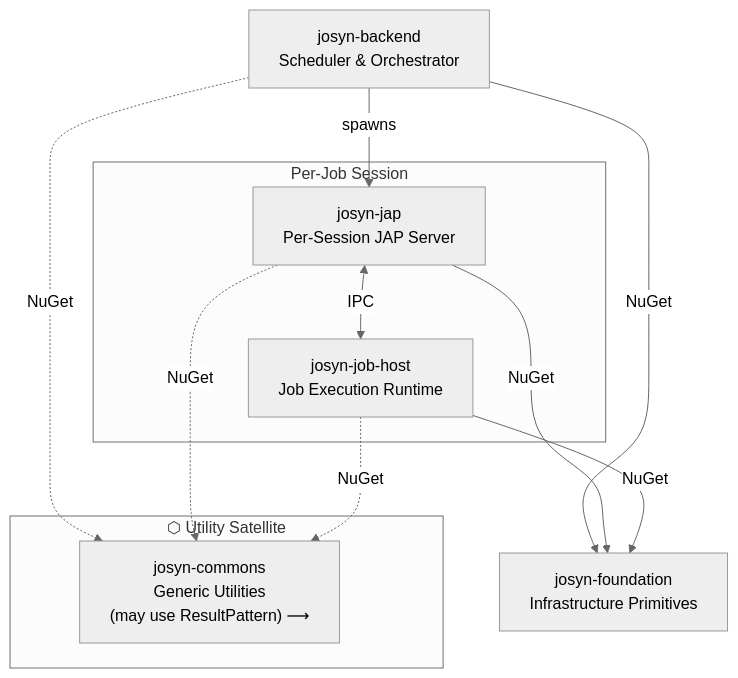
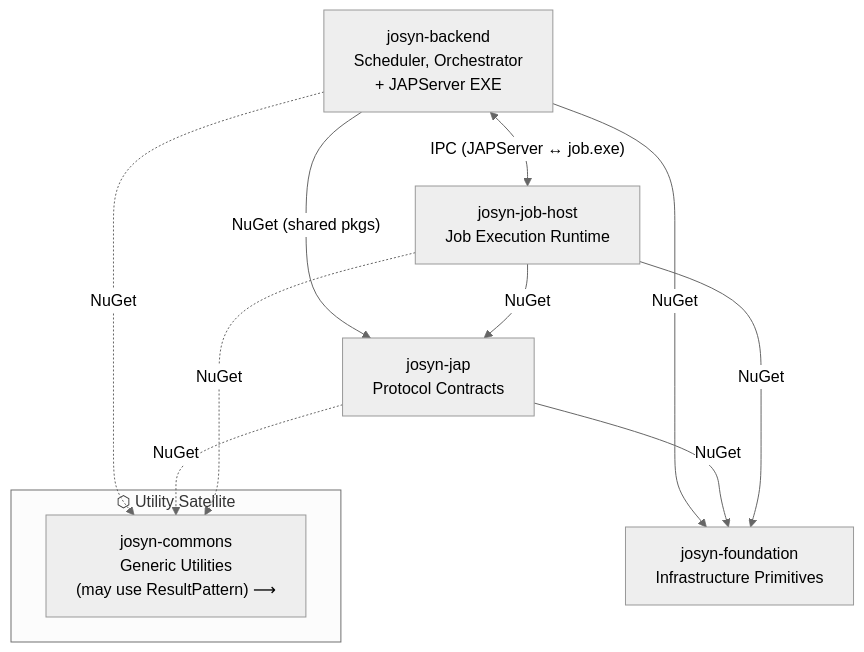
One commit to ckluth/josyn-platform changed the diagram in README.md. Above: the diagram before and after it, drawn with Mermaid (neutral theme). The commit also changed other lines of this file and 8 other files, not shown here.

````diff
--- a/README.md
+++ b/README.md
@@ -82,24 +82,21 @@
 ```mermaid
 graph TD
-    B["josyn-backend<br/>Scheduler & Orchestrator"]
-
-    subgraph session["Per-Job Session"]
-        J["josyn-jap<br/>Per-Session JAP Server"]
-        H["josyn-job-host<br/>Job Execution Runtime"]
-    end
-
+    B["josyn-backend<br/>Scheduler, Orchestrator<br/>+ JAPServer EXE"]
+    H["josyn-job-host<br/>Job Execution Runtime"]
+    J["josyn-jap<br/>Protocol Contracts"]
     F["josyn-foundation<br/>Infrastructure Primitives"]
 
     subgraph satellite["⬡ Utility Satellite"]
         C["josyn-commons<br/>Generic Utilities<br/>(may use ResultPattern) ⟶"]
     end
 
-    B -->|spawns| J
-    J <-->|IPC| H
+    B <-->|"IPC (JAPServer ↔ job.exe)"| H
     B -->|NuGet| F
+    B -->|"NuGet (shared pkgs)"| J
     J -->|NuGet| F
     H -->|NuGet| F
+    H -->|NuGet| J
     B -.->|NuGet| C
     J -.->|NuGet| C
     H -.->|NuGet| C
 ```
````
